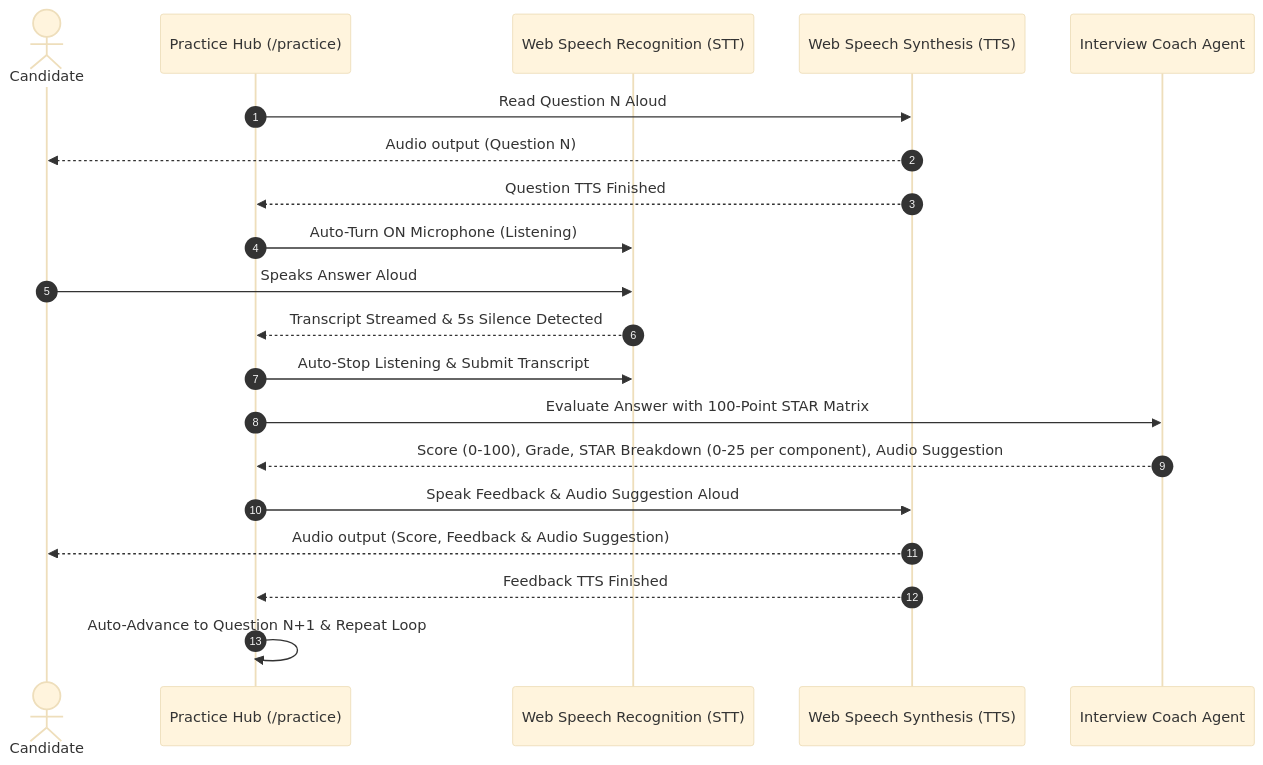
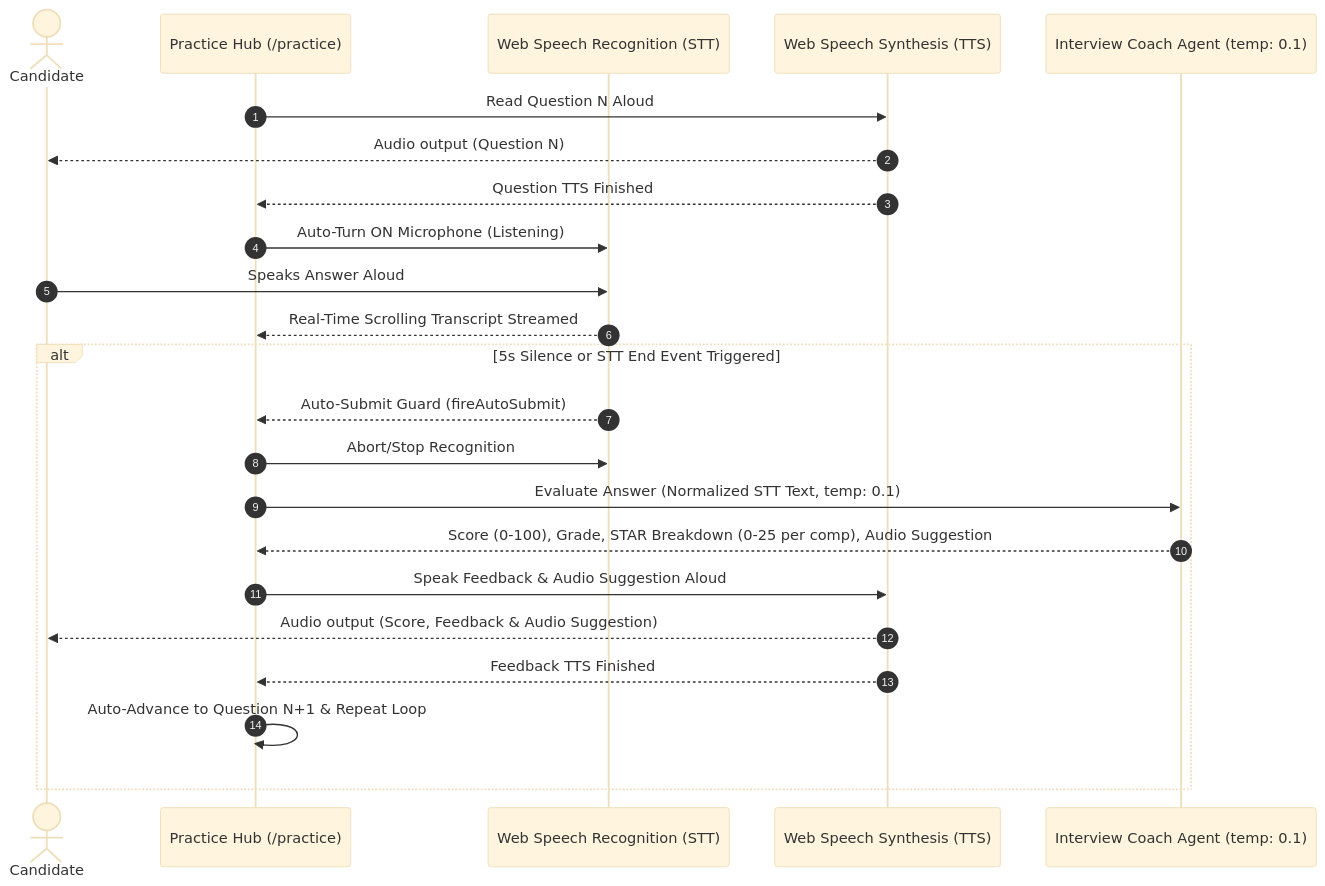
One commit to princeraj27/AI-Resume-Tailor changed the third of 3 diagrams in FLOW.md. Above: the diagram before and after it, drawn with Mermaid (base theme). The commit also changed other lines of this file, not shown here.

Commit message:
docs: update FLOW.md with strict zero-score nullish coalescing, deterministic LLM evaluation, and voice submission guards

````diff
--- a/FLOW.md
+++ b/FLOW.md
@@ -102,23 +103,27 @@
 ```mermaid
 sequenceDiagram
     autonumber
     actor Candidate
     participant VoiceUI as Practice Hub (/practice)
     participant SpeechSTT as Web Speech Recognition (STT)
     participant SpeechTTS as Web Speech Synthesis (TTS)
-    participant Agent as Interview Coach Agent
+    participant Agent as Interview Coach Agent (temp: 0.1)
 
     VoiceUI->>SpeechTTS: Read Question N Aloud
     SpeechTTS-->>Candidate: Audio output (Question N)
     SpeechTTS-->>VoiceUI: Question TTS Finished
     VoiceUI->>SpeechSTT: Auto-Turn ON Microphone (Listening)
     Candidate->>SpeechSTT: Speaks Answer Aloud
-    SpeechSTT-->>VoiceUI: Transcript Streamed & 5s Silence Detected
-    VoiceUI->>SpeechSTT: Auto-Stop Listening & Submit Transcript
-    VoiceUI->>Agent: Evaluate Answer with 100-Point STAR Matrix
-    Agent-->>VoiceUI: Score (0-100), Grade, STAR Breakdown (0-25 per component), Audio Suggestion
-    VoiceUI->>SpeechTTS: Speak Feedback & Audio Suggestion Aloud
-    SpeechTTS-->>Candidate: Audio output (Score, Feedback & Audio Suggestion)
-    SpeechTTS-->>VoiceUI: Feedback TTS Finished
-    VoiceUI->>VoiceUI: Auto-Advance to Question N+1 & Repeat Loop
+    SpeechSTT-->>VoiceUI: Real-Time Scrolling Transcript Streamed
+    
+    alt 5s Silence or STT End Event Triggered
+        SpeechSTT-->>VoiceUI: Auto-Submit Guard (fireAutoSubmit)
+        VoiceUI->>SpeechSTT: Abort/Stop Recognition
+        VoiceUI->>Agent: Evaluate Answer (Normalized STT Text, temp: 0.1)
+        Agent-->>VoiceUI: Score (0-100), Grade, STAR Breakdown (0-25 per comp), Audio Suggestion
+        VoiceUI->>SpeechTTS: Speak Feedback & Audio Suggestion Aloud
+        SpeechTTS-->>Candidate: Audio output (Score, Feedback & Audio Suggestion)
+        SpeechTTS-->>VoiceUI: Feedback TTS Finished
+        VoiceUI->>VoiceUI: Auto-Advance to Question N+1 & Repeat Loop
+    end
 ```
````
